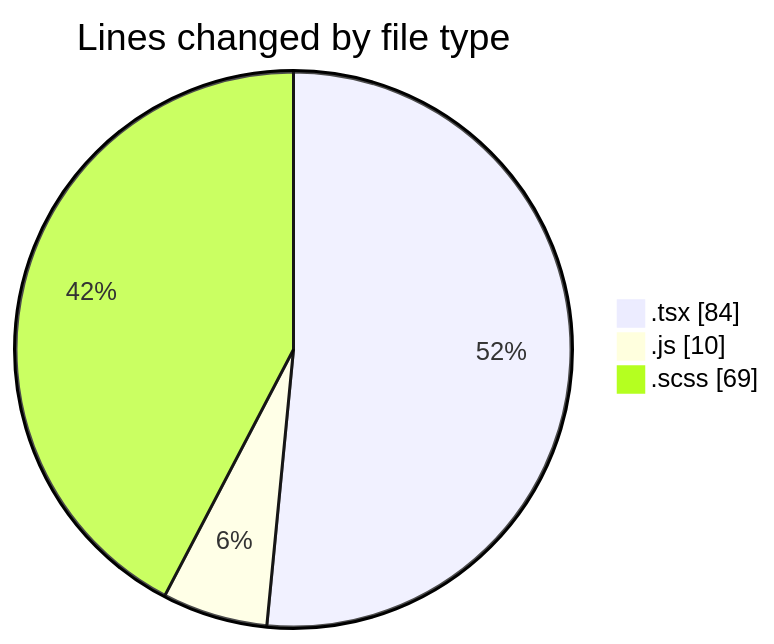
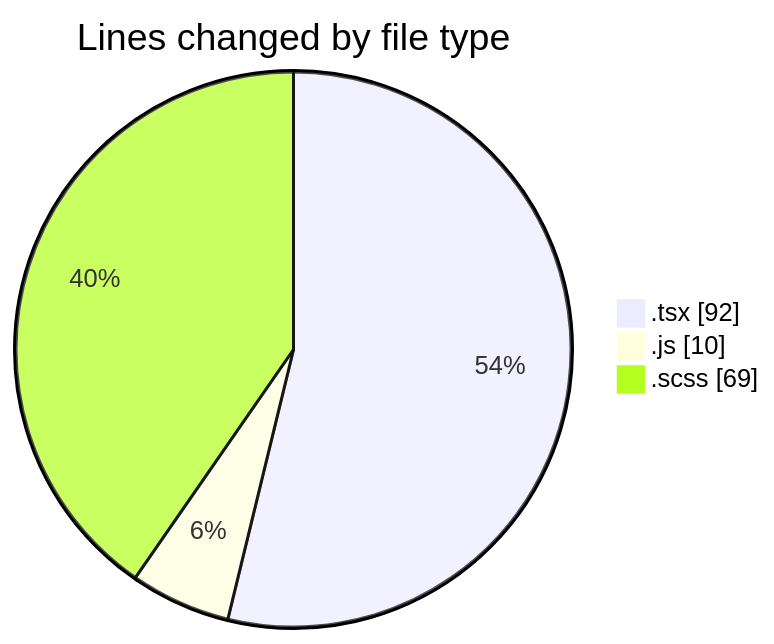
One commit to momahboobian/code-tracking changed the first of 2 diagrams in 2026-08-25/cda/README.md. Above: the diagram before and after it, drawn with Mermaid. The commit also changed other lines of this file and 1 other file, not shown here.

````diff
--- a/2026-08-25/cda/README.md
+++ b/2026-08-25/cda/README.md
@@ -25,7 +25,7 @@
 ```mermaid
 pie showData
 title Lines changed by file type
-".tsx" : 84
+".tsx" : 92
 ".js" : 10
 ".scss" : 69
 ```
````
